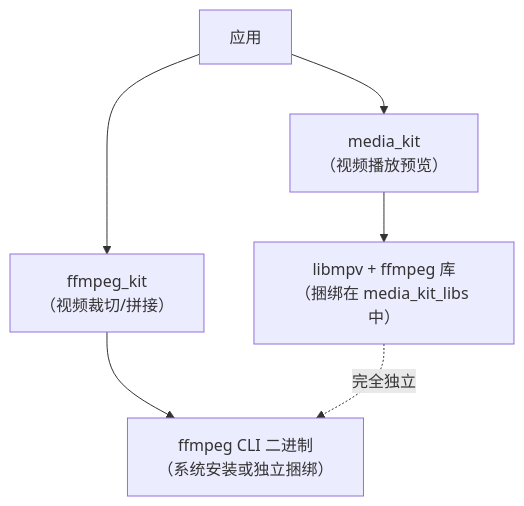
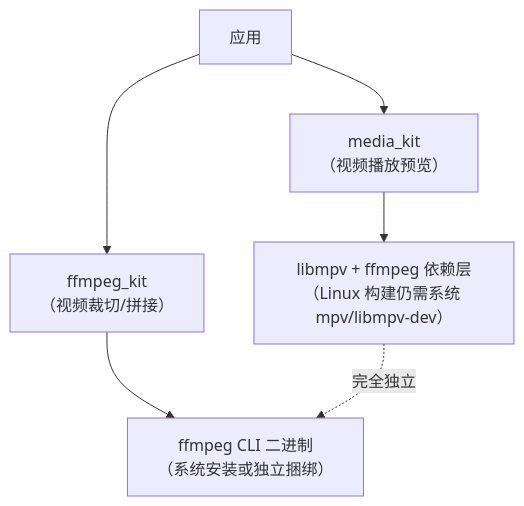
One commit to AoEiuV020/video_concat changed the second of 2 diagrams in md/参考/第三方库/media_kit/注意事项.md. Above: the diagram before and after it, drawn with Mermaid. The commit also changed 4 other files, not shown here.

````diff
--- a/md/参考/第三方库/media_kit/注意事项.md
+++ b/md/参考/第三方库/media_kit/注意事项.md
@@ -105,11 +105,11 @@
 ```mermaid
 flowchart TD
     App["应用"]
     App --> MK["media_kit<br/>（视频播放预览）"]
     App --> FK["ffmpeg_kit<br/>（视频裁切/拼接）"]
 
-    MK --> mpv["libmpv + ffmpeg 库<br/>（捆绑在 media_kit_libs 中）"]
+    MK --> mpv["libmpv + ffmpeg 依赖层<br/>（Linux 构建仍需系统 mpv/libmpv-dev）"]
     FK --> CLI["ffmpeg CLI 二进制<br/>（系统安装或独立捆绑）"]
 
     mpv -.->|"完全独立"| CLI
 ```
````
